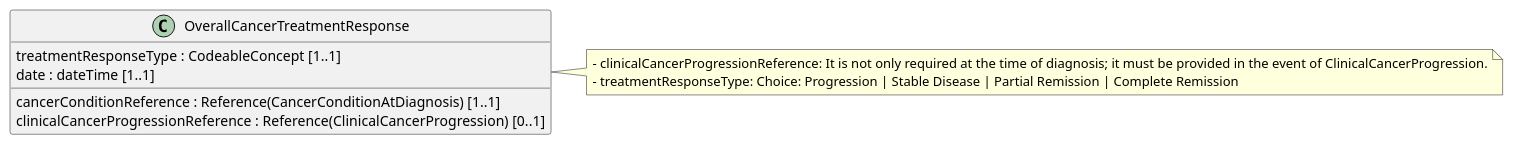
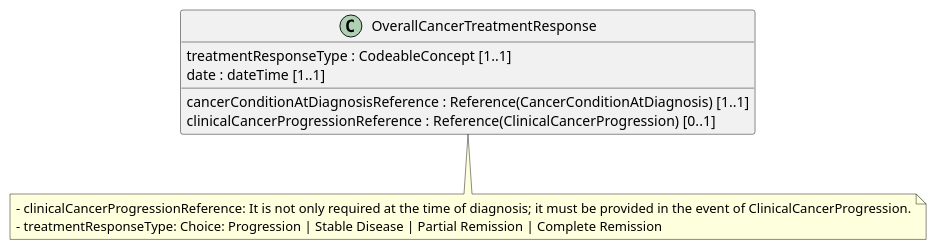
Before and after one commit to hl7-eu/cancer-common: the diagram in input/images-source/OverallCancerTreatmentResponse_LM.plantuml, drawn with PlantUML. The commit also changed 15 other files, not shown here.

Commit message:
Update logical model diagrams and page

```diff
--- a/input/images-source/OverallCancerTreatmentResponse_LM.plantuml
+++ b/input/images-source/OverallCancerTreatmentResponse_LM.plantuml
@@ -1,16 +1,16 @@
 @startuml
 hide empty members
 skinparam classAttributeIconSize 0
 
 class OverallCancerTreatmentResponse {
-  cancerConditionReference : Reference(CancerConditionAtDiagnosis) [1..1]
+  cancerConditionAtDiagnosisReference : Reference(CancerConditionAtDiagnosis) [1..1]
   clinicalCancerProgressionReference : Reference(ClinicalCancerProgression) [0..1]
   treatmentResponseType : CodeableConcept [1..1]
   date : dateTime [1..1]
 }
 
-note right of OverallCancerTreatmentResponse
+note bottom of OverallCancerTreatmentResponse
 - clinicalCancerProgressionReference: It is not only required at the time of diagnosis; it must be provided in the event of ClinicalCancerProgression.
 - treatmentResponseType: Choice: Progression | Stable Disease | Partial Remission | Complete Remission
 end note
 @enduml
```
